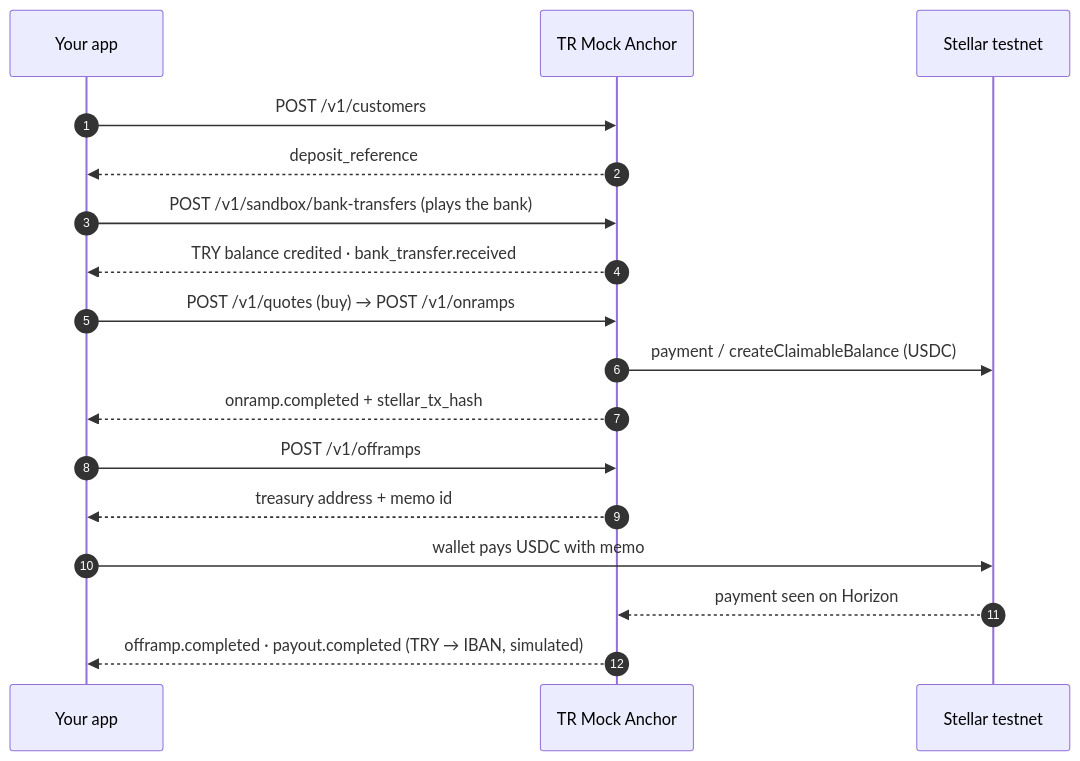
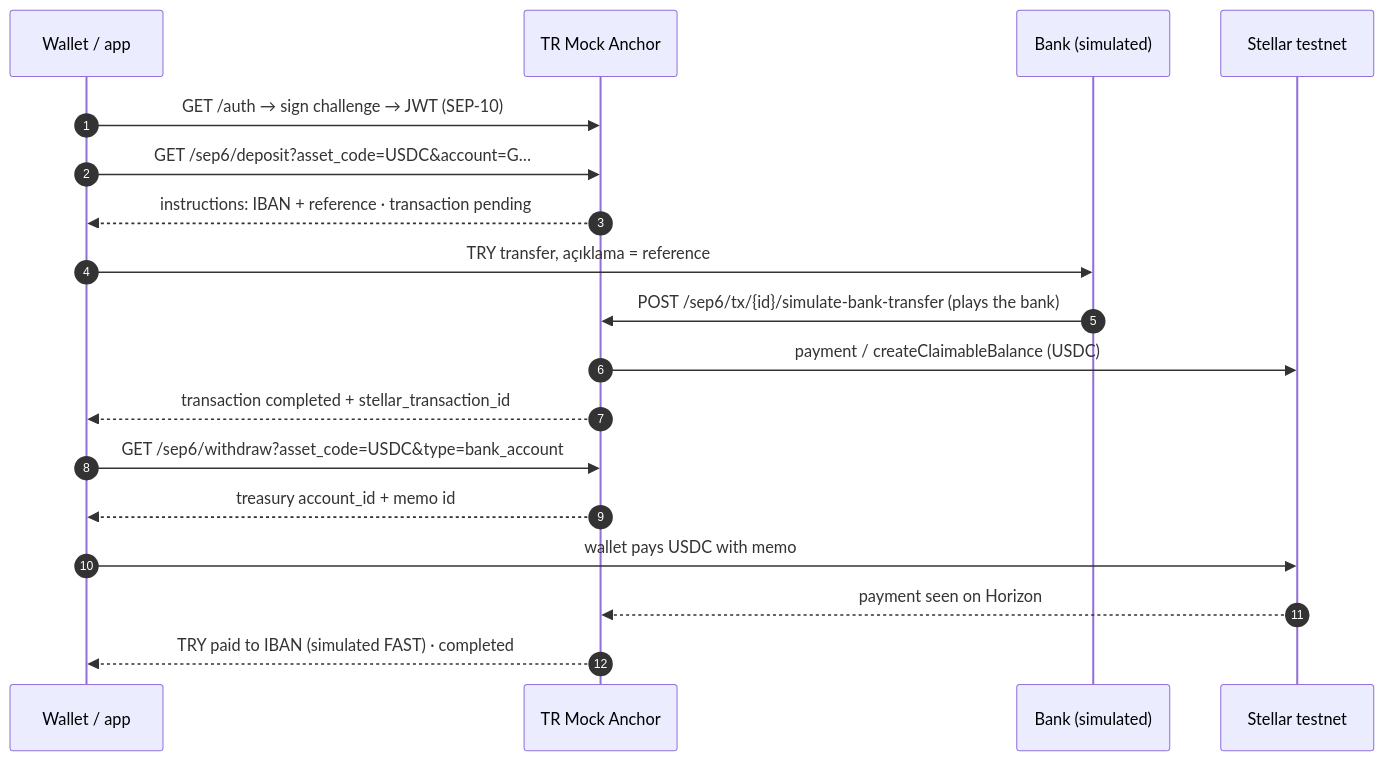
Before and after one commit to 0x471/tr-mock-anchor: the diagram in README.md, drawn with Mermaid. The commit also changed other lines of this file and 7 other files, not shown here.

````diff
--- a/README.md
+++ b/README.md
@@ -96,19 +91,20 @@
 ```mermaid
 sequenceDiagram
   autonumber
-  participant App as Your app
+  participant W as Wallet / app
   participant A as TR Mock Anchor
+  participant B as Bank (simulated)
   participant S as Stellar testnet
-  App->>A: POST /v1/customers
-  A-->>App: deposit_reference
-  App->>A: POST /v1/sandbox/bank-transfers (plays the bank)
-  A-->>App: TRY balance credited · bank_transfer.received
-  App->>A: POST /v1/quotes (buy) → POST /v1/onramps
+  W->>A: GET /auth → sign challenge → JWT (SEP-10)
+  W->>A: GET /sep6/deposit?asset_code=USDC&account=G…
+  A-->>W: instructions: IBAN + reference · transaction pending
+  W->>B: TRY transfer, açıklama = reference
+  B->>A: POST /sep6/tx/{id}/simulate-bank-transfer (plays the bank)
   A->>S: payment / createClaimableBalance (USDC)
-  A-->>App: onramp.completed + stellar_tx_hash
-  App->>A: POST /v1/offramps
-  A-->>App: treasury address + memo id
-  App->>S: wallet pays USDC with memo
+  A-->>W: transaction completed + stellar_transaction_id
+  W->>A: GET /sep6/withdraw?asset_code=USDC&type=bank_account
+  A-->>W: treasury account_id + memo id
+  W->>S: wallet pays USDC with memo
   S-->>A: payment seen on Horizon
-  A-->>App: offramp.completed · payout.completed (TRY → IBAN, simulated)
+  A-->>W: TRY paid to IBAN (simulated FAST) · completed
 ```
````
